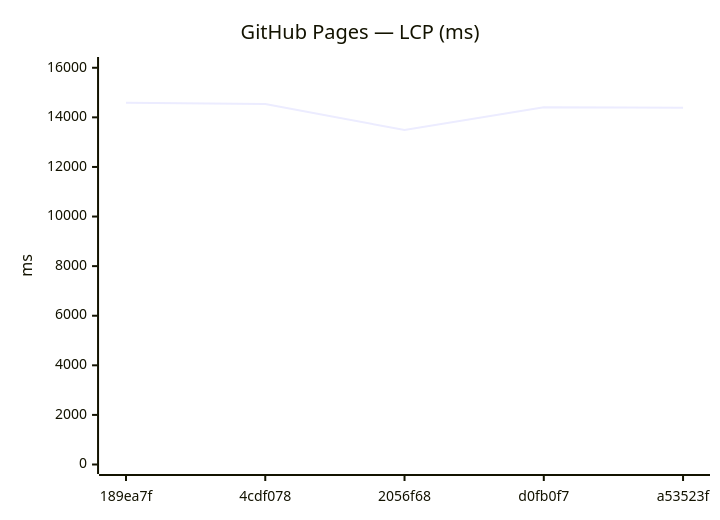
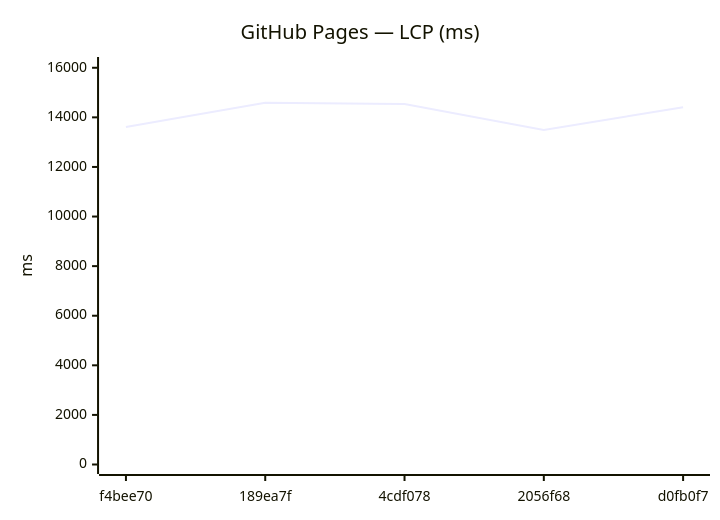
One commit to Metaheurist/Rianell changed the ninth of 18 diagrams in benchmarks/compare.md. Above: the diagram before and after it, drawn with Mermaid. The commit also changed other lines of this file and 11 other files, not shown here.

````diff
--- a/benchmarks/compare.md
+++ b/benchmarks/compare.md
@@ -142,7 +142,7 @@
 ```mermaid
 xychart-beta
     title "GitHub Pages — LCP (ms)"
-    x-axis ["189ea7f", "4cdf078", "2056f68", "d0fb0f7", "a53523f"]
+    x-axis ["f4bee70", "189ea7f", "4cdf078", "2056f68", "d0fb0f7"]
     y-axis "ms" 0 --> 16051
-    line [14591, 14540, 13488, 14410, 14392]
+    line [13612, 14591, 14540, 13488, 14410]
 ```
````
